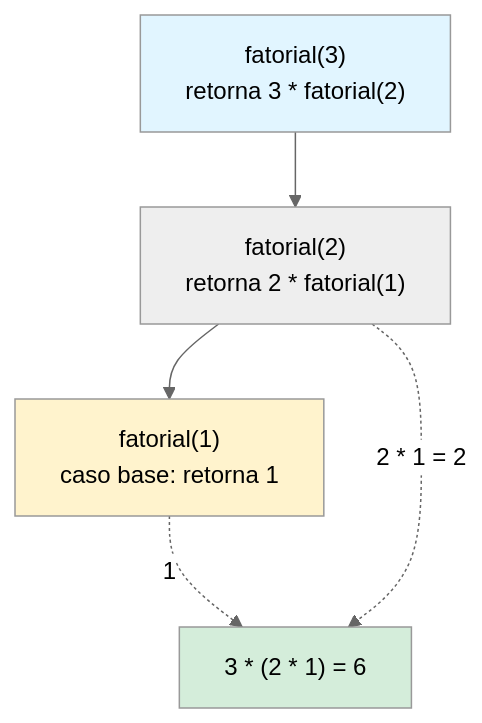
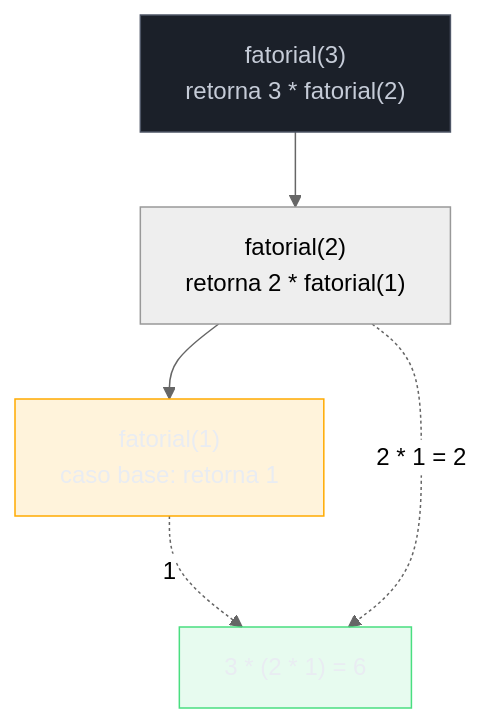
Before and after one commit to josenaldo/codex-technomanticus: the third of 4 diagrams in 03-Dominios/Ciência/Paradigmas/06 - Composição e recursão.md, drawn with Mermaid (neutral theme). The commit also changed other lines of this file and 1181 other files, not shown here.

First line of the commit message:
fix(diagramas): paleta do sistema no lugar de cor cravada no markdown

````diff
--- a/03-Dominios/Ciência/Paradigmas/06 - Composição e recursão.md
+++ b/03-Dominios/Ciência/Paradigmas/06 - Composição e recursão.md
@@ -180,10 +184,13 @@
 ```mermaid
 flowchart TD
+  classDef neutro fill:#1B2029,stroke:#4E5666,color:#C6CCD8
+  classDef destaque fill:#FFAA0024,stroke:#FFAA00,color:#E9ECF2
+  classDef ok fill:#4ADE8021,stroke:#4ADE80,color:#E9ECF2
   A["fatorial(3)<br/>retorna 3 * fatorial(2)"] --> B["fatorial(2)<br/>retorna 2 * fatorial(1)"]
   B --> C["fatorial(1)<br/>caso base: retorna 1"]
   C -.->|"1"| B2["3 * (2 * 1) = 6"]
   B -.->|"2 * 1 = 2"| B2
-  style A fill:#e1f5ff
-  style C fill:#fff3cd
-  style B2 fill:#d4edda
+  class A neutro
+  class C destaque
+  class B2 ok
 ```
````
